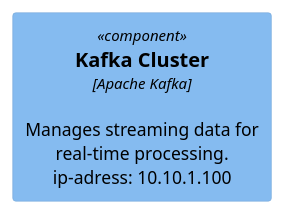
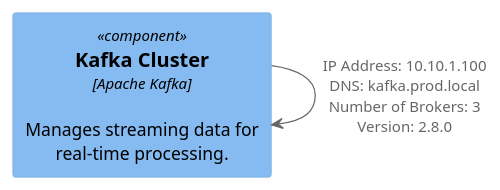
One commit to DenisZagitov/plantuml-architecture changed the diagram in src/data_platform/kafka.puml. Above: the diagram before and after it, drawn with PlantUML. The commit also changed 9 other files, not shown here.

```diff
--- a/src/data_platform/kafka.puml
+++ b/src/data_platform/kafka.puml
@@ -1,6 +1,8 @@
-@startuml
+@startuml kafka_component
+
 !include <C4/C4_Component>
 
-' Defining the Kafka component
-Component(kafka, "Kafka Cluster", "Apache Kafka", "Manages streaming data for real-time processing. ip-adress: 10.10.1.100")
+Component(kafka_cluster, "Kafka Cluster", "Apache Kafka", "Manages streaming data for real-time processing.")
+kafka_cluster -> kafka_cluster : "IP Address: 10.10.1.100\nDNS: kafka.prod.local\nNumber of Brokers: 3\nVersion: 2.8.0"
+
 @enduml
```
